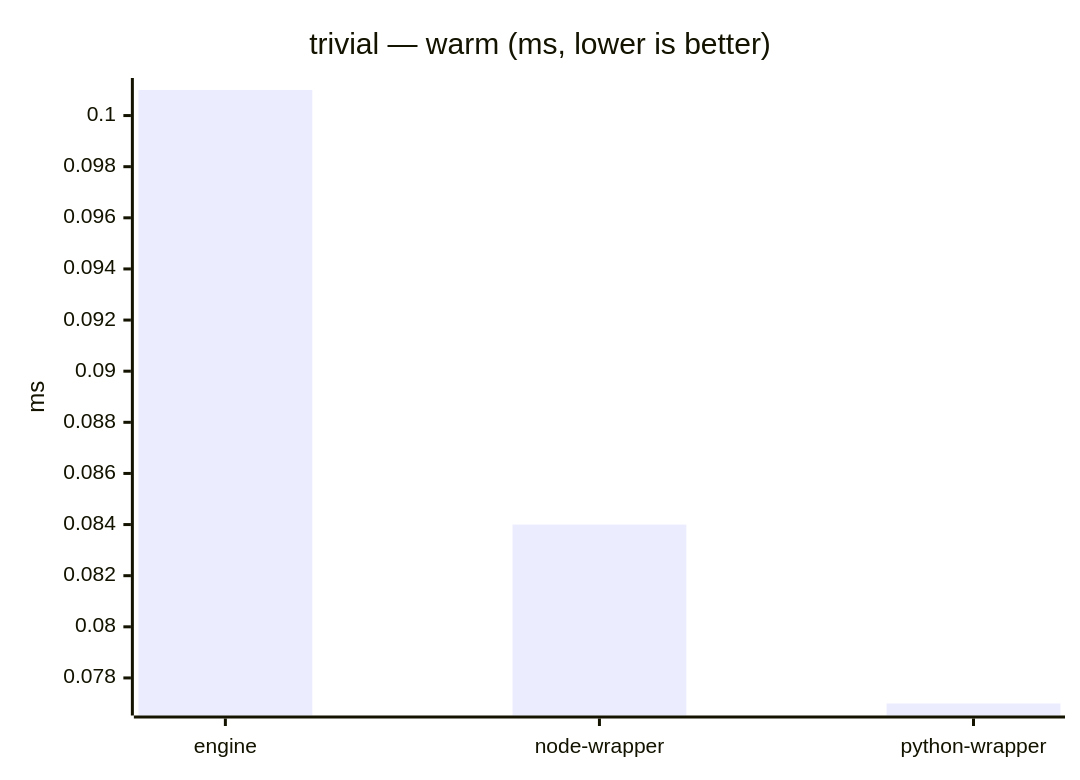
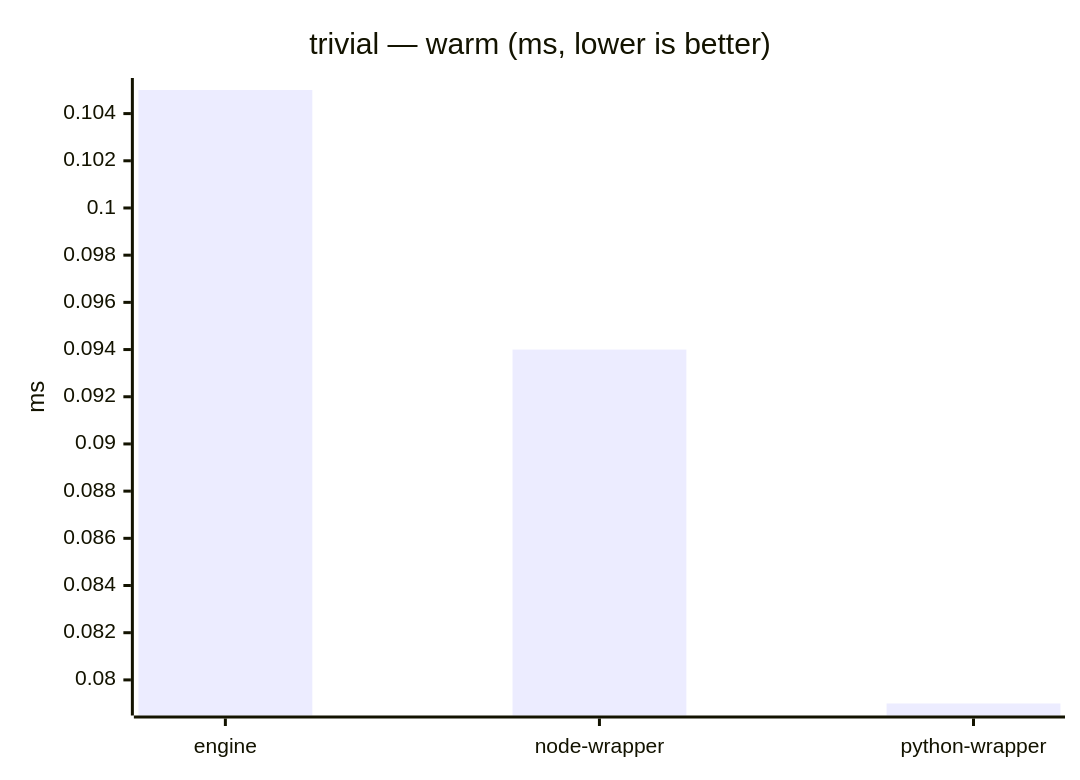
The third of 23 diagrams in benchmarks/report/RESULTS.md (mulesoft/data-weave-cli), drawn with Mermaid before and after one commit. The commit also changed other lines of this file, not shown here.

````diff
--- a/benchmarks/report/RESULTS.md
+++ b/benchmarks/report/RESULTS.md
@@ -64,7 +62,7 @@
 ```mermaid
 xychart-beta
     title "trivial — warm (ms, lower is better)"
     x-axis ["engine", "node-wrapper", "python-wrapper"]
     y-axis "ms"
-    bar [0.101, 0.084, 0.077]
+    bar [0.105, 0.094, 0.079]
 ```
````
